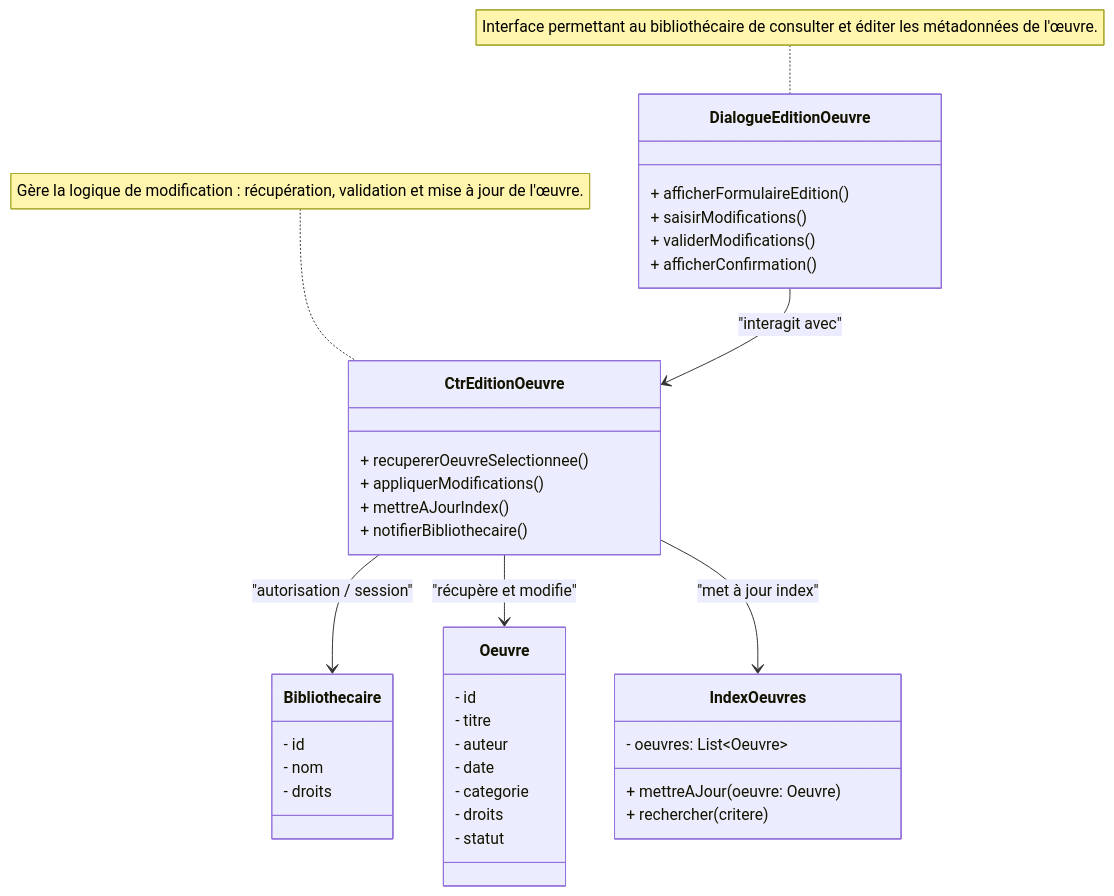
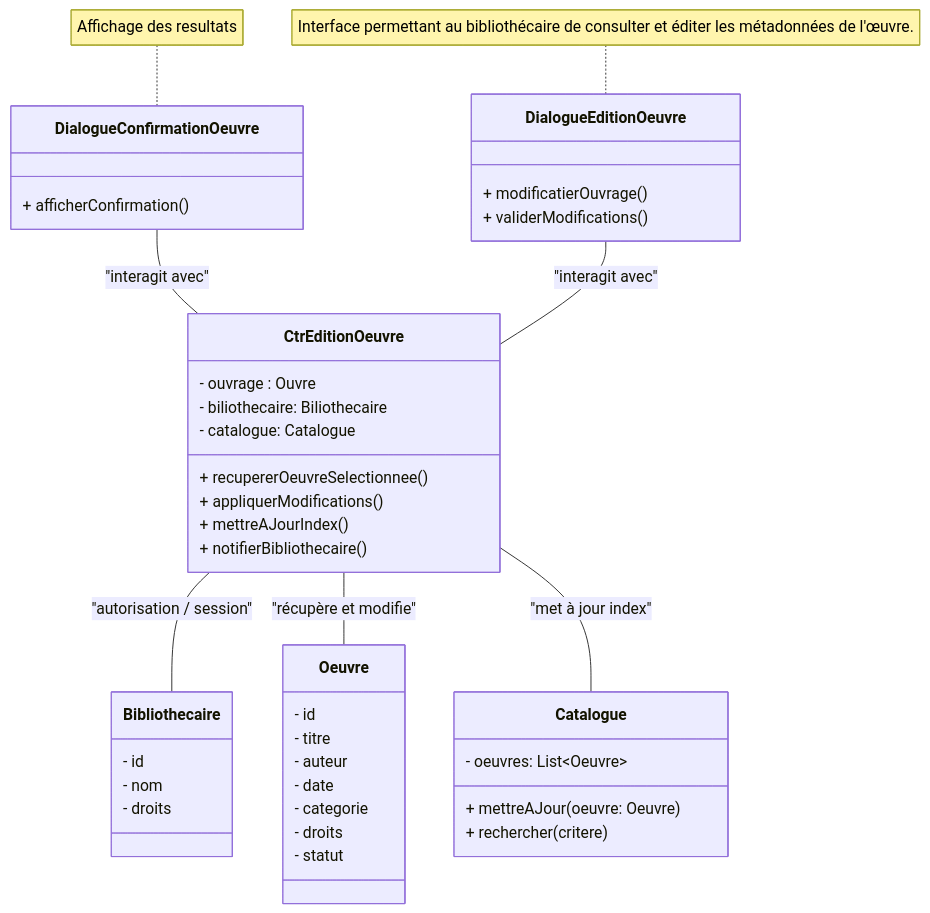
One commit to JustADevInFrance/biblioteko changed the diagram in docs/fr/Conception/Diagrammes de classes/modifer_infos_oeuvre.md. Above: the diagram before and after it, drawn with Mermaid. The commit also changed 3 other files, not shown here.

Commit message:
mise a jour du diagramme uml des classes

````diff
--- a/docs/fr/Conception/Diagrammes de classes/modifer_infos_oeuvre.md
+++ b/docs/fr/Conception/Diagrammes de classes/modifer_infos_oeuvre.md
@@ -1,57 +1,64 @@
 ```mermaid
 classDiagram
 %% ===============================
 %% Diagramme de Classes du Problème (DCP)
 %% Cas d’utilisation : Modifier les informations concernant une oeuvre
 %% ===============================
 
 %% --- Dialogues (IHM) ---
 class DialogueEditionOeuvre {
-  + afficherFormulaireEdition()
-  + saisirModifications()
+  + modificatierOuvrage()
   + validerModifications()
+}
+
+%% --- Dialogues (IHM) ---
+class DialogueConfirmationOeuvre {
   + afficherConfirmation()
 }
 
 %% --- Contrôles ---
 class CtrEditionOeuvre {
+  - ouvrage : Ouvre
+  - biliothecaire: Biliothecaire
+  - catalogue: Catalogue
   + recupererOeuvreSelectionnee()
   + appliquerModifications()
   + mettreAJourIndex()
   + notifierBibliothecaire()
 }
 
 %% --- Entités (métier) ---
 class Bibliothecaire {
   - id
   - nom
   - droits
 }
 
 class Oeuvre {
   - id
   - titre
   - auteur
   - date
   - categorie
   - droits
   - statut
 }
 
-class IndexOeuvres {
+class Catalogue {
   - oeuvres: List~Oeuvre~
   + mettreAJour(oeuvre: Oeuvre)
   + rechercher(critere)
 }
 
 %% --- Relations (liens fonctionnels) ---
-DialogueEditionOeuvre --> CtrEditionOeuvre : "interagit avec"
+DialogueConfirmationOeuvre -- CtrEditionOeuvre : "interagit avec"
+DialogueEditionOeuvre -- CtrEditionOeuvre : "interagit avec"
 
-CtrEditionOeuvre --> Bibliothecaire : "autorisation / session"
-CtrEditionOeuvre --> Oeuvre : "récupère et modifie"
-CtrEditionOeuvre --> IndexOeuvres : "met à jour index"
+CtrEditionOeuvre -- Bibliothecaire : "autorisation / session"
+CtrEditionOeuvre -- Oeuvre : "récupère et modifie"
+CtrEditionOeuvre -- Catalogue : "met à jour index"
 
 %% --- Notes UML ---
-note for CtrEditionOeuvre "Gère la logique de modification : récupération, validation et mise à jour de l'œuvre."
 note for DialogueEditionOeuvre "Interface permettant au bibliothécaire de consulter et éditer les métadonnées de l'œuvre."
+note for DialogueConfirmationOeuvre "Affichage des resultats"
 ```
````
